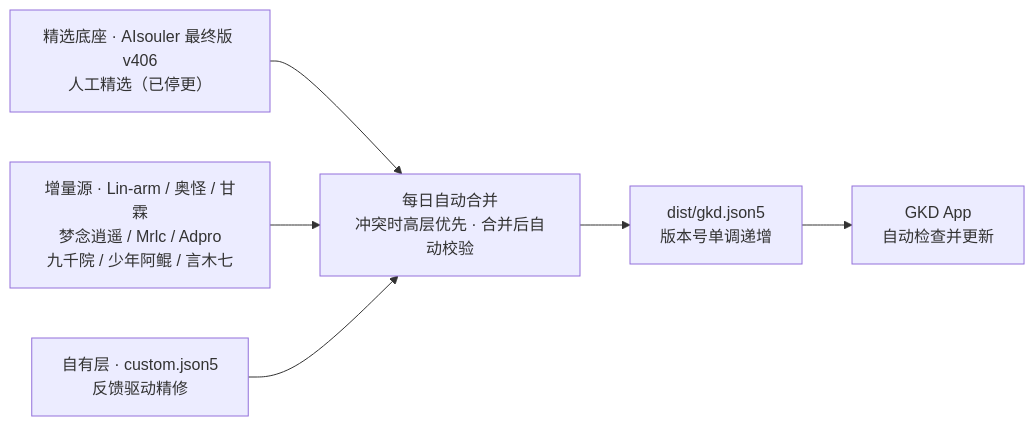
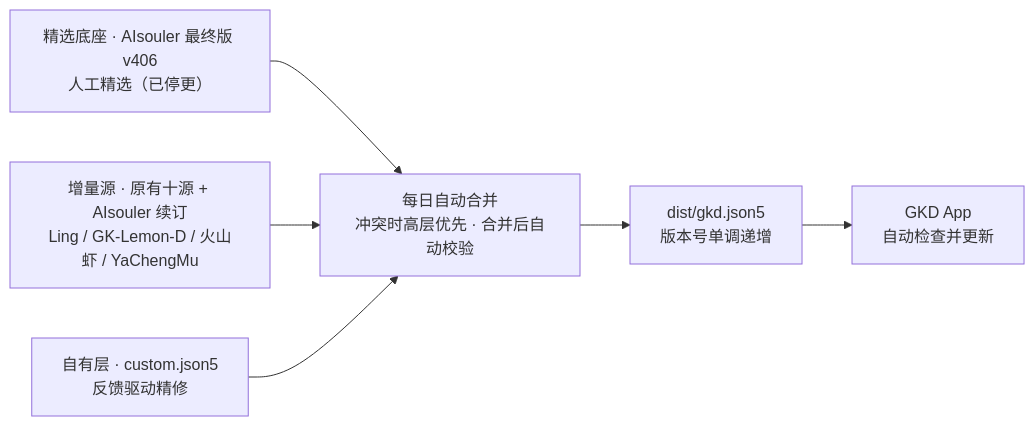
One commit to Dear-Ded/gkd-subscription changed the diagram in README.md. Above: the diagram before and after it, drawn with Mermaid. The commit also changed other lines of this file and 6 other files, not shown here.

````diff
--- a/README.md
+++ b/README.md
@@ -64,8 +65,8 @@
 ```mermaid
 flowchart LR
     A["精选底座 · AIsouler 最终版 v406<br/>人工精选（已停更）"] --> M["每日自动合并<br/>冲突时高层优先 · 合并后自动校验"]
-    B["增量源 · Lin-arm / 奥怪 / 甘霖<br/>梦念逍遥 / Mrlc / Adpro<br/>九千院 / 少年阿鲲 / 言木七"] --> M
+    B["增量源 · 原有十源 + AIsouler 续订<br/>Ling / GK-Lemon-D / 火山虾 / YaChengMu"] --> M
     C["自有层 · custom.json5<br/>反馈驱动精修"] --> M
     M --> D["dist/gkd.json5<br/>版本号单调递增"]
     D --> E["GKD App<br/>自动检查并更新"]
 ```
````
